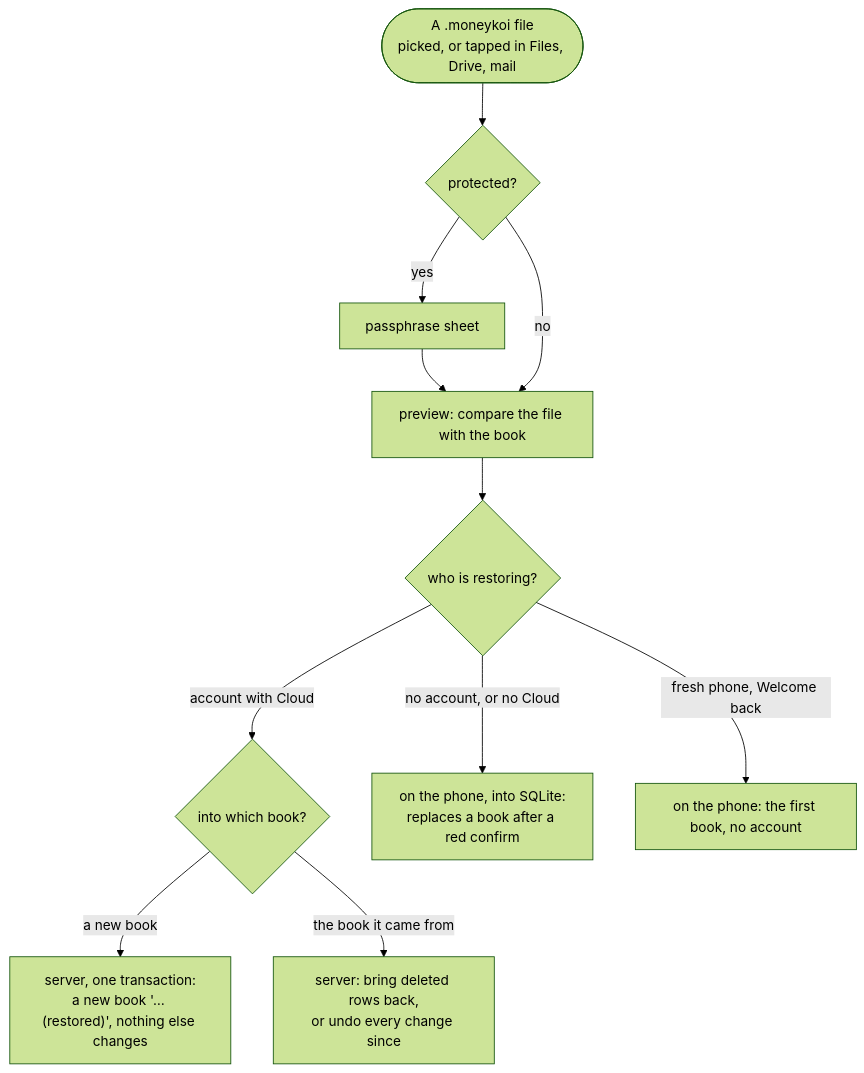
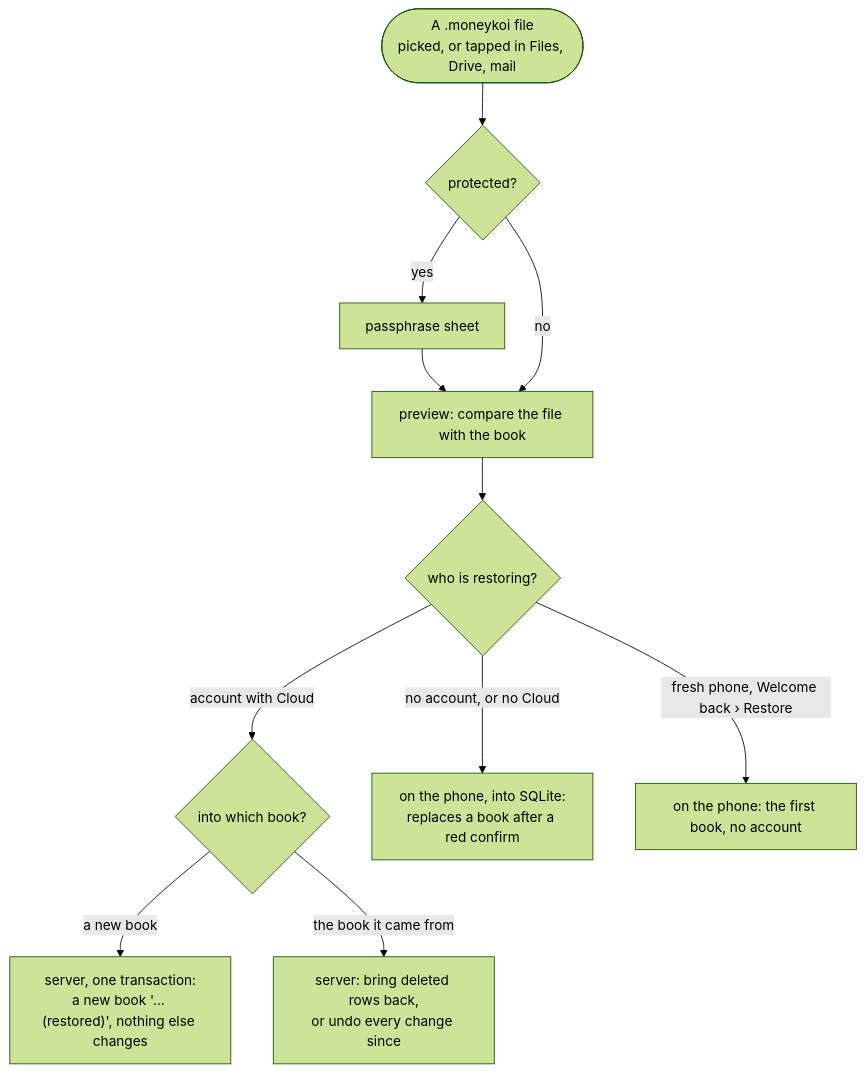
Before and after one commit to GeraldGmainer/moneykoi-docs: the diagram in src/diagrams/restore-routes.mmd, drawn with Mermaid (forest theme). The commit also changed 16 other files, not shown here.

Commit message:
accounts, data, monetization: Welcome's link is Sign in, restore moves to its own page behind Welcome back

```diff
--- a/src/diagrams/restore-routes.mmd
+++ b/src/diagrams/restore-routes.mmd
@@ -1,10 +1,10 @@
 flowchart TD
   file(["A .moneykoi file<br/>picked, or tapped in Files, Drive, mail"]) --> lock{"protected?"}
   lock -- "yes" --> pass["passphrase sheet"] --> preview
   lock -- "no" --> preview["preview: compare the file with the book"]
   preview --> who{"who is restoring?"}
   who -- "account with Cloud" --> where{"into which book?"}
   where -- "a new book" --> newbook["server, one transaction:<br/>a new book '… (restored)', nothing else changes"]
   where -- "the book it came from" --> inplace["server: bring deleted rows back,<br/>or undo every change since"]
   who -- "no account, or no Cloud" --> replace["on the phone, into SQLite:<br/>replaces a book after a red confirm"]
-  who -- "fresh phone, Welcome back" --> first["on the phone: the first book, no account"]
+  who -- "fresh phone, Welcome back › Restore" --> first["on the phone: the first book, no account"]
```
